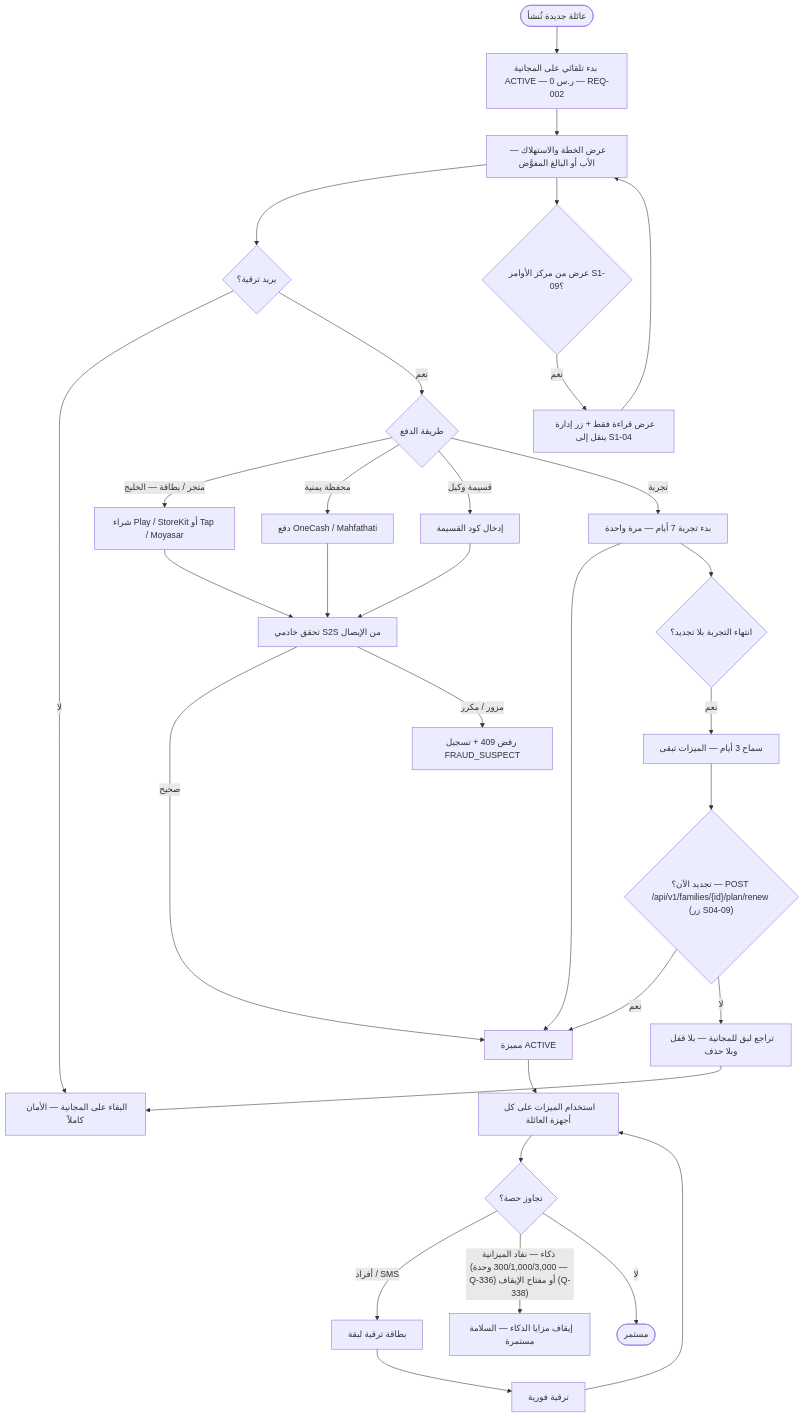
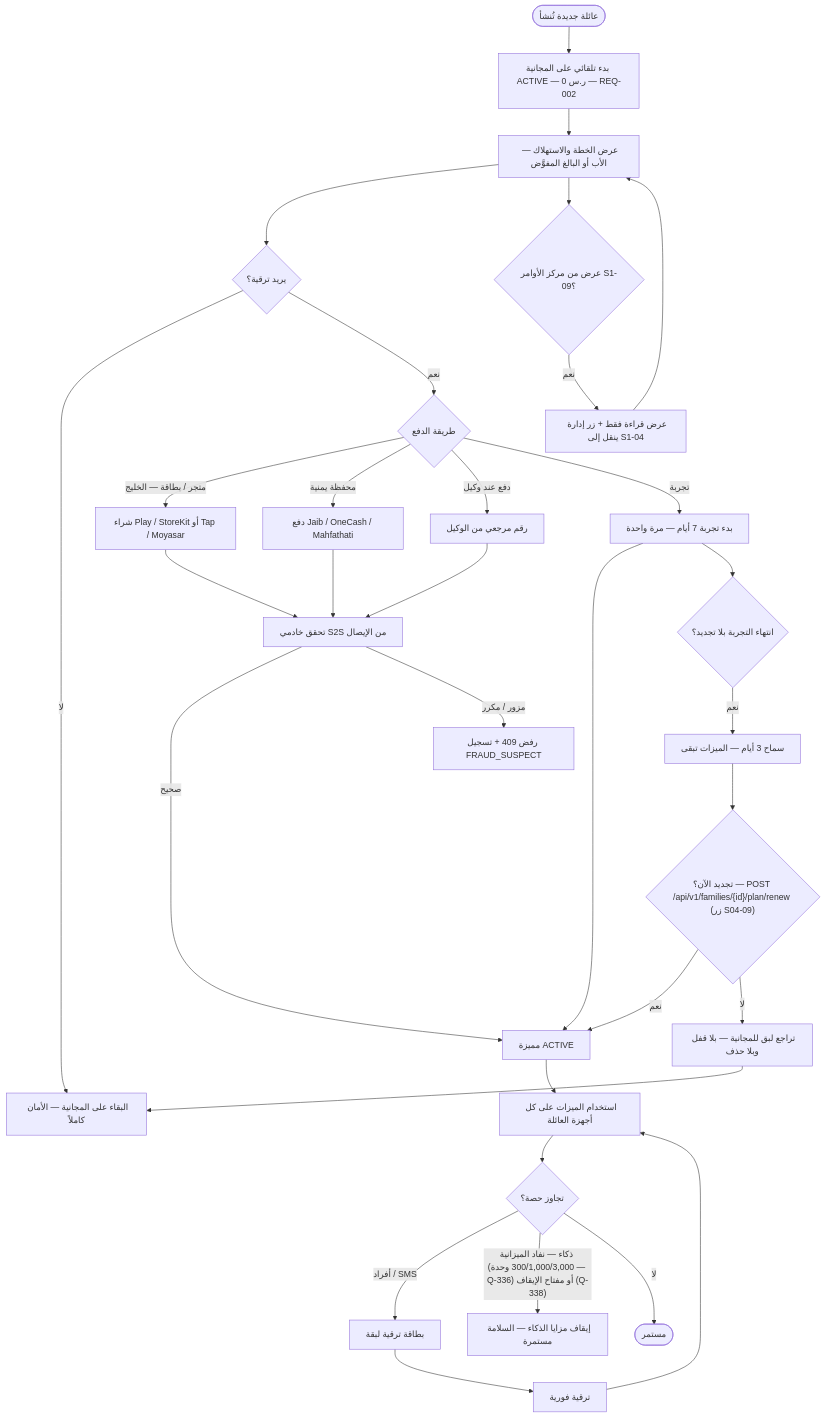
One commit to Bassam-mohammed-alqaeadi/family-os-v2 changed the tenth of 12 diagrams in docs/family-os/governance/phases/phase-1/S1-04-plans-and-subscriptions/DIAGRAMS.md. Above: the diagram before and after it, drawn with Mermaid. The commit also changed other lines of this file and 32 other files, not shown here.

````diff
--- a/docs/family-os/governance/phases/phase-1/S1-04-plans-and-subscriptions/DIAGRAMS.md
+++ b/docs/family-os/governance/phases/phase-1/S1-04-plans-and-subscriptions/DIAGRAMS.md
@@ -469,34 +403,34 @@
 ```mermaid
 flowchart TD
     Start([عائلة جديدة تُنشأ]) --> Free[بدء تلقائي على المجانية ACTIVE — 0 ر.س — REQ-002]
     Free --> View[عرض الخطة والاستهلاك — الأب أو البالغ المفوَّض]
     View --> Choice{يريد ترقية؟}
     Choice -->|لا| Stay[البقاء على المجانية — الأمان كاملاً]
     Choice -->|نعم| Channel{طريقة الدفع}
     Channel -->|متجر / بطاقة — الخليج| Store[شراء Play / StoreKit أو Tap / Moyasar]
-    Channel -->|محفظة يمنية| Wallet[دفع OneCash / Mahfathati]
-    Channel -->|قسيمة وكيل| Voucher[إدخال كود القسيمة]
+    Channel -->|محفظة يمنية| Wallet[دفع Jaib / OneCash / Mahfathati]
+    Channel -->|دفع عند وكيل| Agent[رقم مرجعي من الوكيل]
     Channel -->|تجربة| Trial[بدء تجربة 7 أيام — مرة واحدة]
     Store --> Verify[تحقق خادمي S2S من الإيصال]
     Wallet --> Verify
-    Voucher --> Verify
+    Agent --> Verify
     Trial --> Active[مميزة ACTIVE]
     Verify -->|صحيح| Active
     Verify -->|مزور / مكرر| Reject[رفض 409 + تسجيل FRAUD_SUSPECT]
     Active --> Use[استخدام الميزات على كل أجهزة العائلة]
     Use --> Quota{تجاوز حصة؟}
     Quota -->|أفراد / SMS| Card[بطاقة ترقية لبقة]
     Quota -->|"ذكاء — نفاد الميزانية (300/1,000/3,000 وحدة — Q-336) أو مفتاح الإيقاف (Q-338)"| AIOff[إيقاف مزايا الذكاء — السلامة مستمرة]
     Card --> Upgrade[ترقية فورية]
     Upgrade --> Use
     Quota -->|لا| End1([مستمر])
     Trial --> Expire{انتهاء التجربة بلا تجديد؟}
     Expire -->|نعم| Grace[سماح 3 أيام — الميزات تبقى]
     Grace --> Renew{"تجديد الآن؟ — POST /api/v1/families/{id}/plan/renew (زر S04-09)"}
     Renew -->|نعم| Active
     Renew -->|لا| Down[تراجع لبق للمجانية — بلا قفل وبلا حذف]
     Down --> Stay
     View --> Hub{عرض من مركز الأوامر S1-09؟}
     Hub -->|نعم| ReadOnly[عرض قراءة فقط + زر إدارة ينقل إلى S1-04]
     ReadOnly --> View
 ```
````
